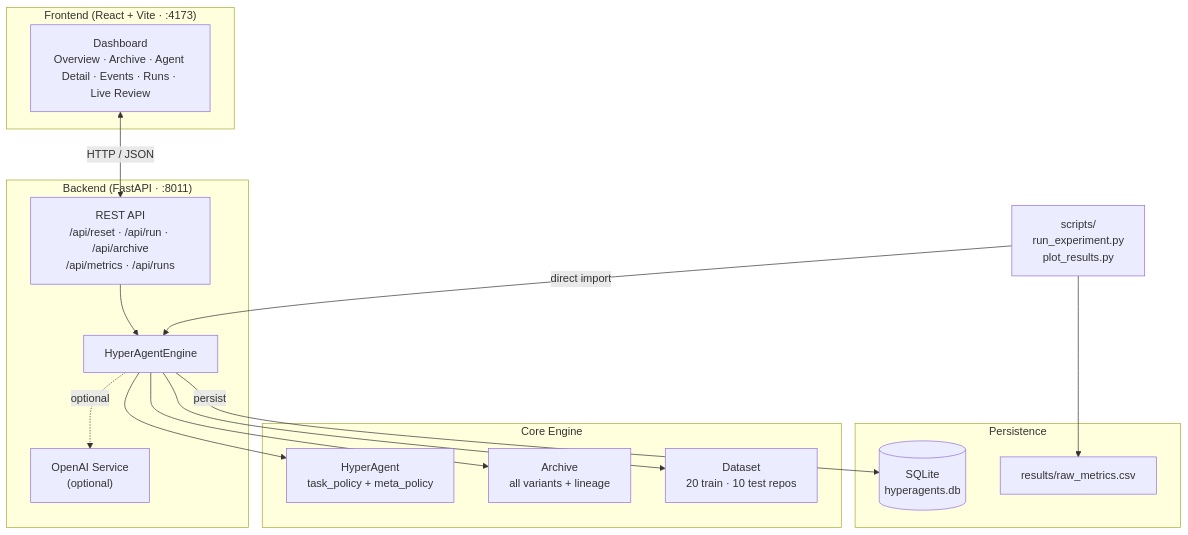
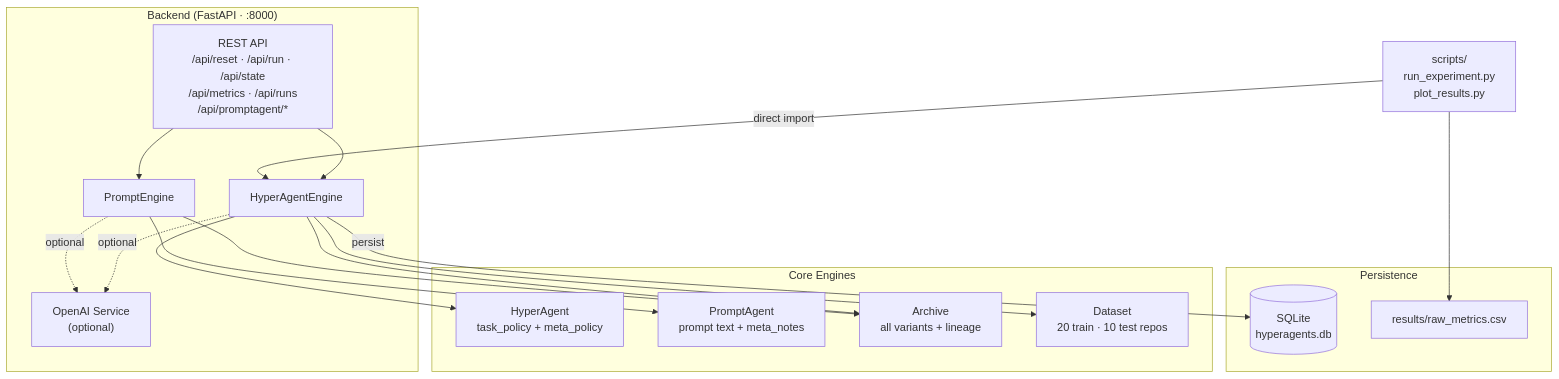
Before and after one commit to AISmithy/metacognitive-self-improvement: the first of 6 diagrams in docs/architecture.md, drawn with Mermaid. The commit also changed other lines of this file and 4 other files, not shown here.

````diff
--- a/docs/architecture.md
+++ b/docs/architecture.md
@@ -5,35 +5,36 @@
 ```mermaid
 graph TB
-  subgraph FE ["Frontend  (React + Vite · :4173)"]
-    UI["Dashboard\nOverview · Archive · Agent Detail · Events · Runs · Live Review"]
-  end
-
-  subgraph BE ["Backend  (FastAPI · :8011)"]
-    API["REST API\n/api/reset · /api/run · /api/archive\n/api/metrics · /api/runs"]
+  subgraph BE ["Backend  (FastAPI · :8000)"]
+    API["REST API\n/api/reset · /api/run · /api/state\n/api/metrics · /api/runs\n/api/promptagent/*"]
     ENGINE["HyperAgentEngine"]
+    PROMPTENGINE["PromptEngine"]
     OAI["OpenAI Service\n(optional)"]
   end
 
-  subgraph CORE ["Core Engine"]
+  subgraph CORE ["Core Engines"]
     HA["HyperAgent\ntask_policy + meta_policy"]
+    PA["PromptAgent\nprompt text + meta_notes"]
     ARCHIVE["Archive\nall variants + lineage"]
     DS["Dataset\n20 train · 10 test repos"]
   end
 
   subgraph PERSIST ["Persistence"]
     DB[("SQLite\nhyperagents.db")]
     CSV["results/raw_metrics.csv"]
   end
 
   SCRIPTS["scripts/\nrun_experiment.py\nplot_results.py"]
 
-  UI        <-->|"HTTP / JSON"| API
   API       --> ENGINE
+  API       --> PROMPTENGINE
   ENGINE    --> HA
   ENGINE    --> ARCHIVE
   ENGINE    --> DS
+  PROMPTENGINE --> PA
+  PROMPTENGINE --> ARCHIVE
   ENGINE    -.->|"optional"| OAI
+  PROMPTENGINE -.->|"optional"| OAI
   ENGINE    -->|"persist"| DB
   SCRIPTS   -->|"direct import"| ENGINE
   SCRIPTS   --> CSV
 ```
````
